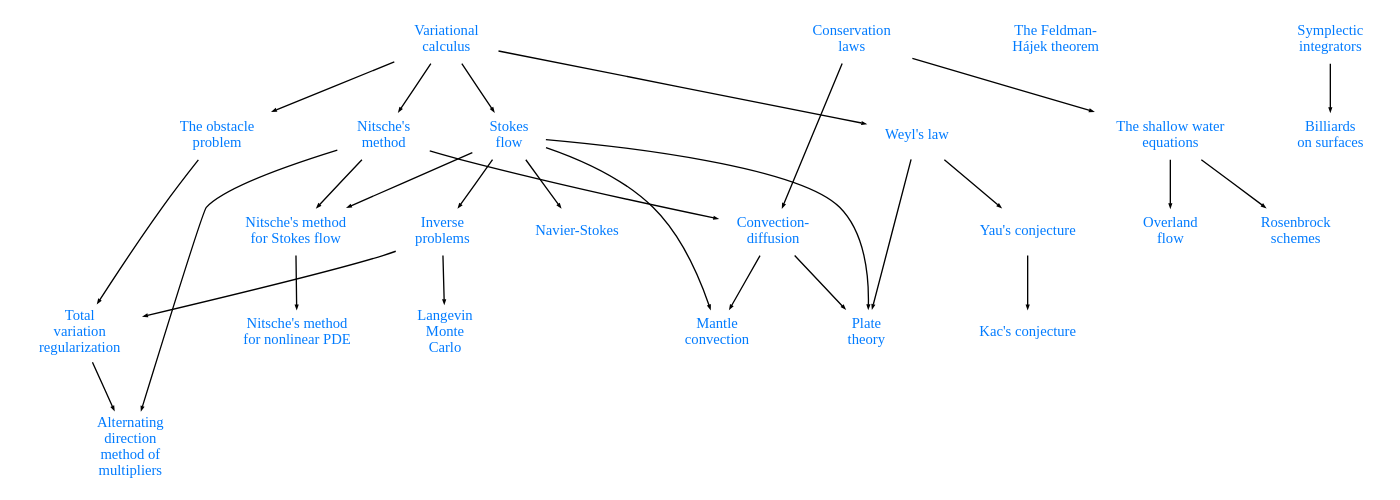
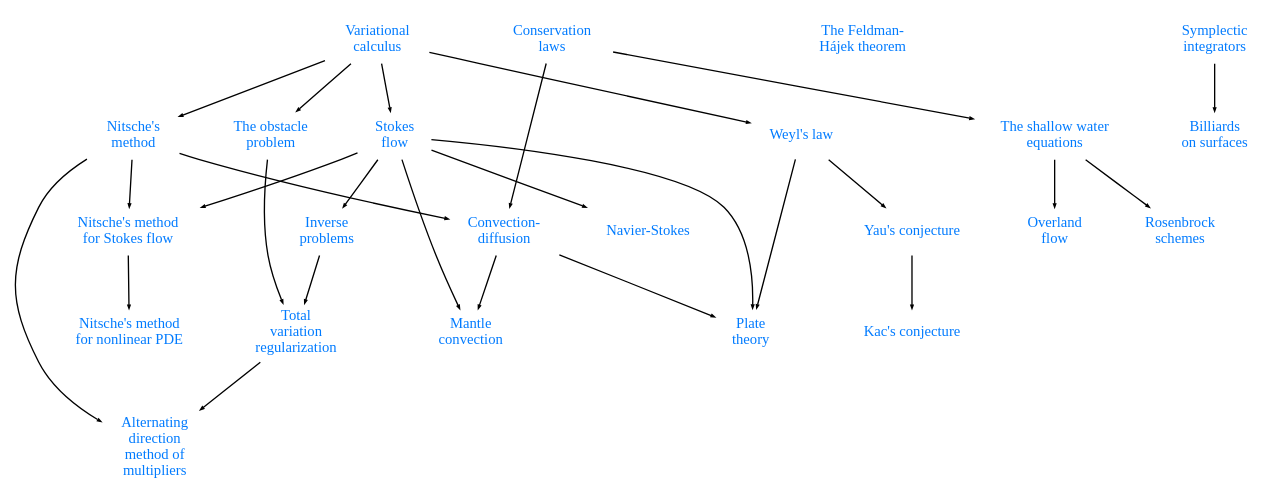
One commit to danshapero/danshapero.github.io changed the diagram in pages/index.rst. Above: the diagram before and after it, drawn with Graphviz. The commit also changed 1 other file, not shown here.

Commit message:
Remove Langevin notebook
The Firedrake features that this notebook uses keep changing their
contract, the way the code uses the adjoint features should not be
emulated at all, and the math used is subtly wrong because Feldman-Hajek

```diff
--- a/pages/index.rst
+++ b/pages/index.rst
@@ -17,61 +17,61 @@
 .. graphviz::
 
     digraph posts {
         node [shape="plaintext", fontcolor="#007bff", fontsize="11"];
         edge [arrowsize=0.25];
 
         calc [label="Variational\ncalculus", href="/posts/variational-calculus/"];
         stokes [label="Stokes\nflow", href="/posts/stokes/"];
         karman [label="Navier-Stokes", href="/posts/karman-vortices/"];
         weyl [label="Weyl's law", href="/posts/weyls-law/"];
         yau [label="Yau's conjecture", href="/posts/yau-conjecture/"];
         kac [label="Kac's conjecture", href="/posts/kac-conjecture/"];
         nitsche [label="Nitsche's\nmethod", href="/posts/nitsches-method/"];
         nitsche_stokes [label="Nitsche's method\nfor Stokes flow", href="/posts/nitsches-method-stokes/"];
         nitsche_nonlinear [label="Nitsche's method\nfor nonlinear PDE", href="/posts/nitsches-method-nonlinear/"];
         obstacle [label="The obstacle\nproblem", href="/posts/obstacle-problem/"];
         conservation_laws [label="Conservation\nlaws", href="/posts/conservation-laws/"];
         convection_diffusion [label="Convection-\ndiffusion", href="/posts/convection-diffusion/"];
         mantle_convection [label="Mantle\nconvection", href="/posts/mantle-convection/"];
         plate_theory [label="Plate\ntheory", href="/posts/plate-theory/"];
         inverse_problems [label="Inverse\nproblems", href="/posts/inverse-problems"];
         feldman_hajek [label="The Feldman-\nHájek theorem", href="/posts/feldman-hajek"];
         total_variation [label="Total\nvariation\nregularization", href="/posts/total-variation"];
         admm [label="Alternating\ndirection\nmethod of\nmultipliers", href="/posts/admm"];
         shallow_water [label="The shallow water\nequations", href="/posts/shallow-water/"];
         overland_flow [label="Overland\nflow", href="/posts/overland-flow/"];
         rosenbrock [label="Rosenbrock\nschemes", href="/posts/rosenbrock/"];
-        langevin [label="Langevin\nMonte\nCarlo", href="/posts/langevin-mcmc/"];
+        // langevin [label="Langevin\nMonte\nCarlo", href="/posts/langevin-mcmc/"];
         symplectic [label="Symplectic\nintegrators", href="/posts/symplectic-integrators/"];
         billiards [label="Billiards\non surfaces", href="/posts/surface-billiards/"];
 
         {rank=same; calc, conservation_laws};
 
         calc -> weyl;
         calc -> stokes;
         calc -> nitsche;
         calc -> obstacle;
         stokes -> nitsche_stokes;
         stokes -> karman;
         stokes -> inverse_problems;
         inverse_problems -> total_variation;
         nitsche -> admm;
         total_variation -> admm;
-        inverse_problems -> langevin;
+        // inverse_problems -> langevin;
         obstacle -> total_variation;
         weyl -> yau;
         yau -> kac;
         nitsche -> nitsche_stokes;
         nitsche_stokes -> nitsche_nonlinear;
         conservation_laws -> convection_diffusion;
         conservation_laws -> shallow_water;
         shallow_water -> rosenbrock;
         shallow_water -> overland_flow;
         nitsche -> convection_diffusion;
         convection_diffusion -> mantle_convection;
         stokes -> mantle_convection;
         weyl -> plate_theory;
         stokes -> plate_theory;
         convection_diffusion -> plate_theory;
         symplectic -> billiards;
     }
```
